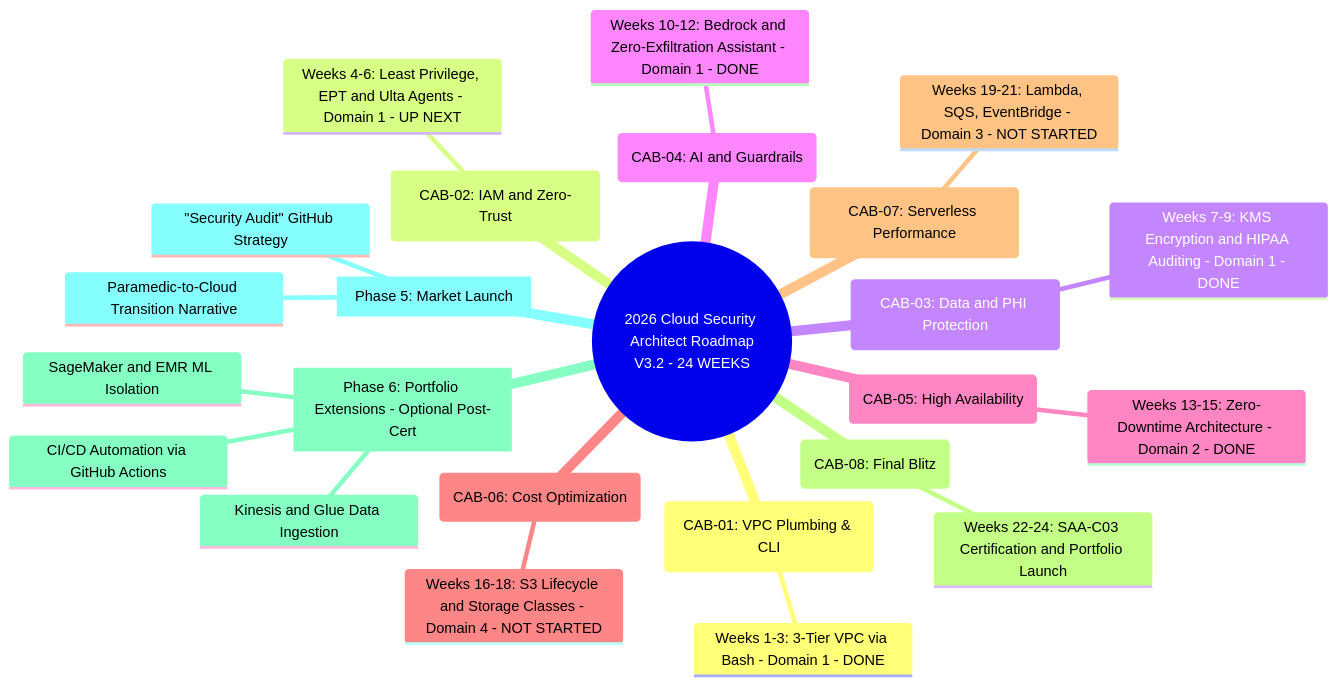
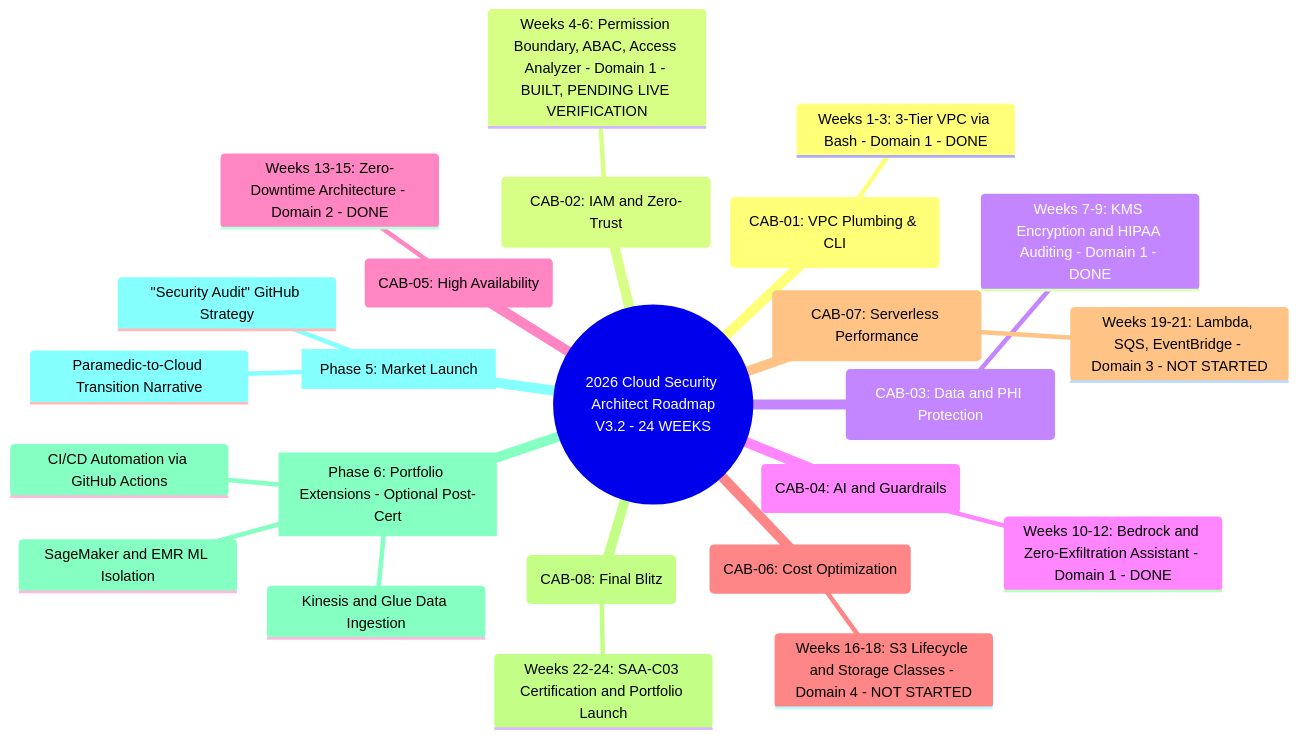
Before and after one commit to 2SMOGss/2026-Cloud-Security-Architect-Roadmap: the diagram in MINDMAP.md, drawn with Mermaid. The commit also changed 13 other files, not shown here.

````diff
--- a/MINDMAP.md
+++ b/MINDMAP.md
@@ -1,37 +1,37 @@
 ```mermaid
 mindmap
   root((2026 Cloud Security Architect Roadmap<br/>V3.2 - 24 WEEKS))
     (CAB-01: VPC Plumbing & CLI)
       ::icon(fa fa-terminal)
       Weeks 1-3: 3-Tier VPC via Bash - Domain 1 - DONE
     (CAB-02: IAM and Zero-Trust)
       ::icon(fa fa-shield-halved)
-      Weeks 4-6: Least Privilege, EPT and Ulta Agents - Domain 1 - UP NEXT
+      Weeks 4-6: Permission Boundary, ABAC, Access Analyzer - Domain 1 - BUILT, PENDING LIVE VERIFICATION
     (CAB-03: Data and PHI Protection)
       ::icon(fa fa-lock)
       Weeks 7-9: KMS Encryption and HIPAA Auditing - Domain 1 - DONE
     (CAB-04: AI and Guardrails)
       ::icon(fa fa-robot)
       Weeks 10-12: Bedrock and Zero-Exfiltration Assistant - Domain 1 - DONE
     (CAB-05: High Availability)
       ::icon(fa fa-server)
       Weeks 13-15: Zero-Downtime Architecture - Domain 2 - DONE
     (CAB-06: Cost Optimization)
       ::icon(fa fa-coins)
       Weeks 16-18: S3 Lifecycle and Storage Classes - Domain 4 - NOT STARTED
     (CAB-07: Serverless Performance)
       ::icon(fa fa-bolt)
       Weeks 19-21: Lambda, SQS, EventBridge - Domain 3 - NOT STARTED
     (CAB-08: Final Blitz)
       ::icon(fa fa-certificate)
       Weeks 22-24: SAA-C03 Certification and Portfolio Launch
     [Phase 6: Portfolio Extensions - Optional Post-Cert]
       ::icon(fa fa-puzzle-piece)
       CI/CD Automation via GitHub Actions
       Kinesis and Glue Data Ingestion
       SageMaker and EMR ML Isolation
     [Phase 5: Market Launch]
       ::icon(fa fa-rocket)
       Paramedic-to-Cloud Transition Narrative
       "Security Audit" GitHub Strategy
 ```
````
